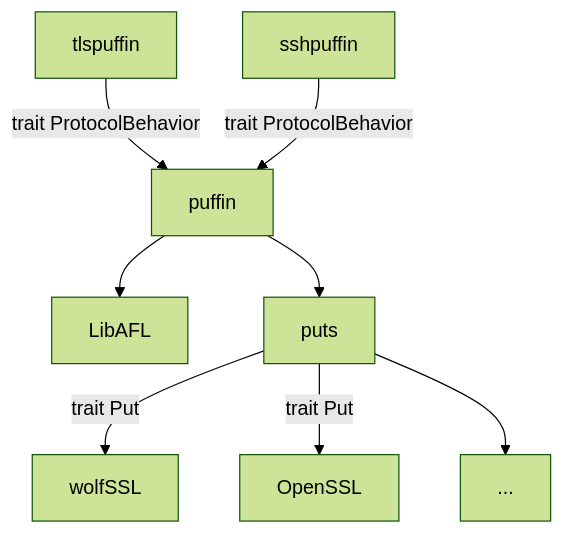
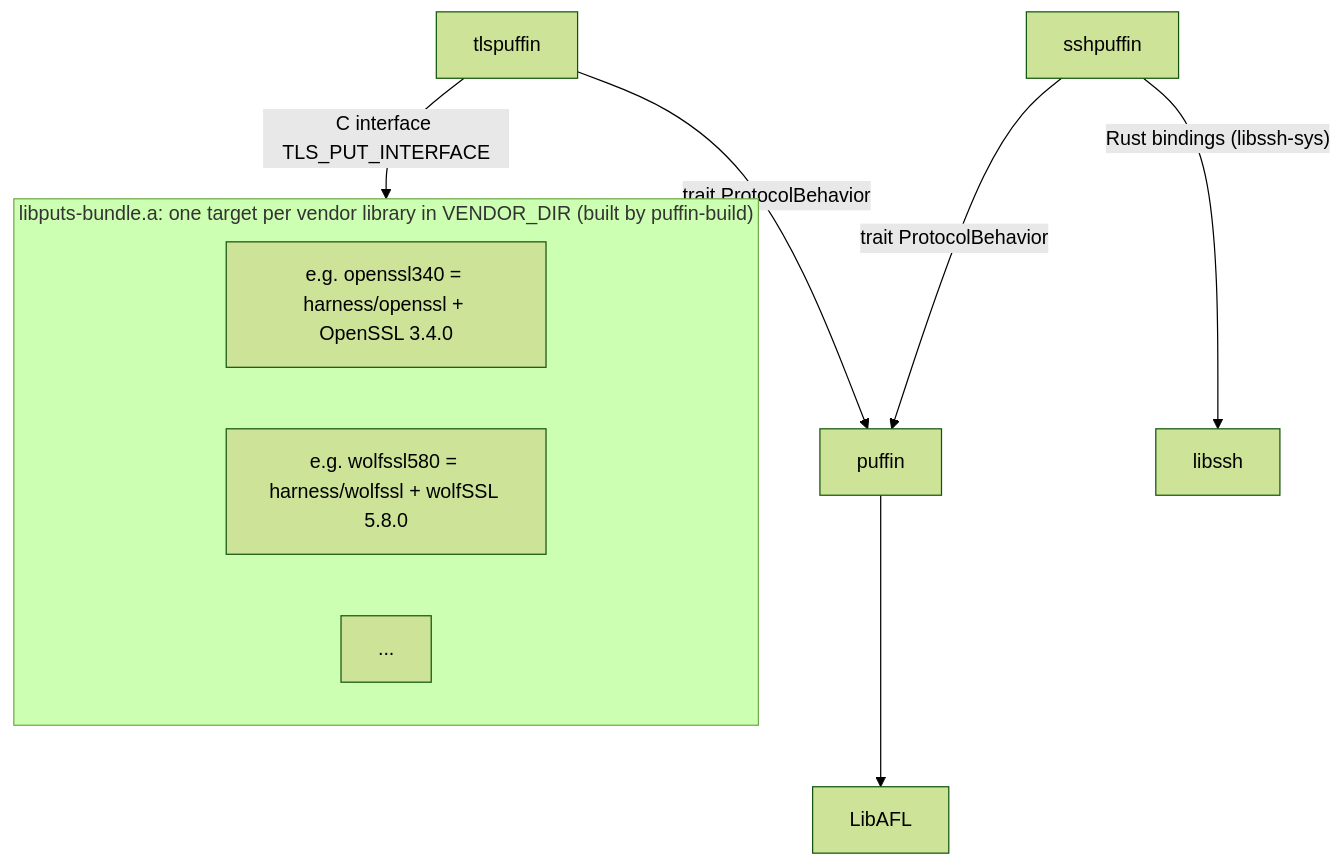
One commit to tlspuffin/tlspuffin changed the diagram in docs/docs/developer/overview.md. Above: the diagram before and after it, drawn with Mermaid (forest theme). The commit also changed other lines of this file and 6 other files, not shown here.

Commit message:
[doc] Update THIRD_PARTY, developer overview, glossary and dependencies after the Rust harness removal

````diff
--- a/docs/docs/developer/overview.md
+++ b/docs/docs/developer/overview.md
@@ -18,12 +18,16 @@
 ```mermaid
 graph TD;
     tlspuffin-- trait ProtocolBehavior -->puffin;
     sshpuffin-- trait ProtocolBehavior -->puffin;
 
     puffin-->LibAFL;
 
-    puffin-->puts;
-    puts-- trait Put -->wolfSSL;
-    puts-- trait Put -->OpenSSL;
-    puts-->...;
+    tlspuffin-- "C interface TLS_PUT_INTERFACE" -->bundle;
+    sshpuffin-- "Rust bindings (libssh-sys)" -->libssh;
+
+    subgraph bundle ["libputs-bundle.a: one target per vendor library in VENDOR_DIR (built by puffin-build)"]
+        P1["e.g. openssl340 = harness/openssl + OpenSSL 3.4.0"];
+        P2["e.g. wolfssl580 = harness/wolfssl + wolfSSL 5.8.0"];
+        P3["..."];
+    end
 ```
````
